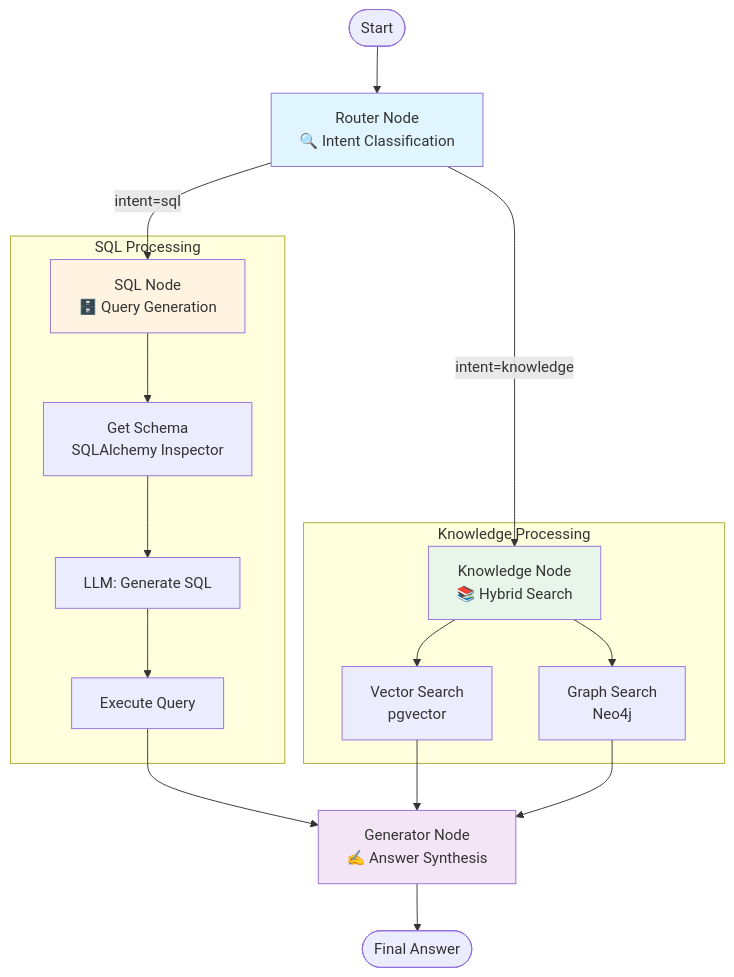
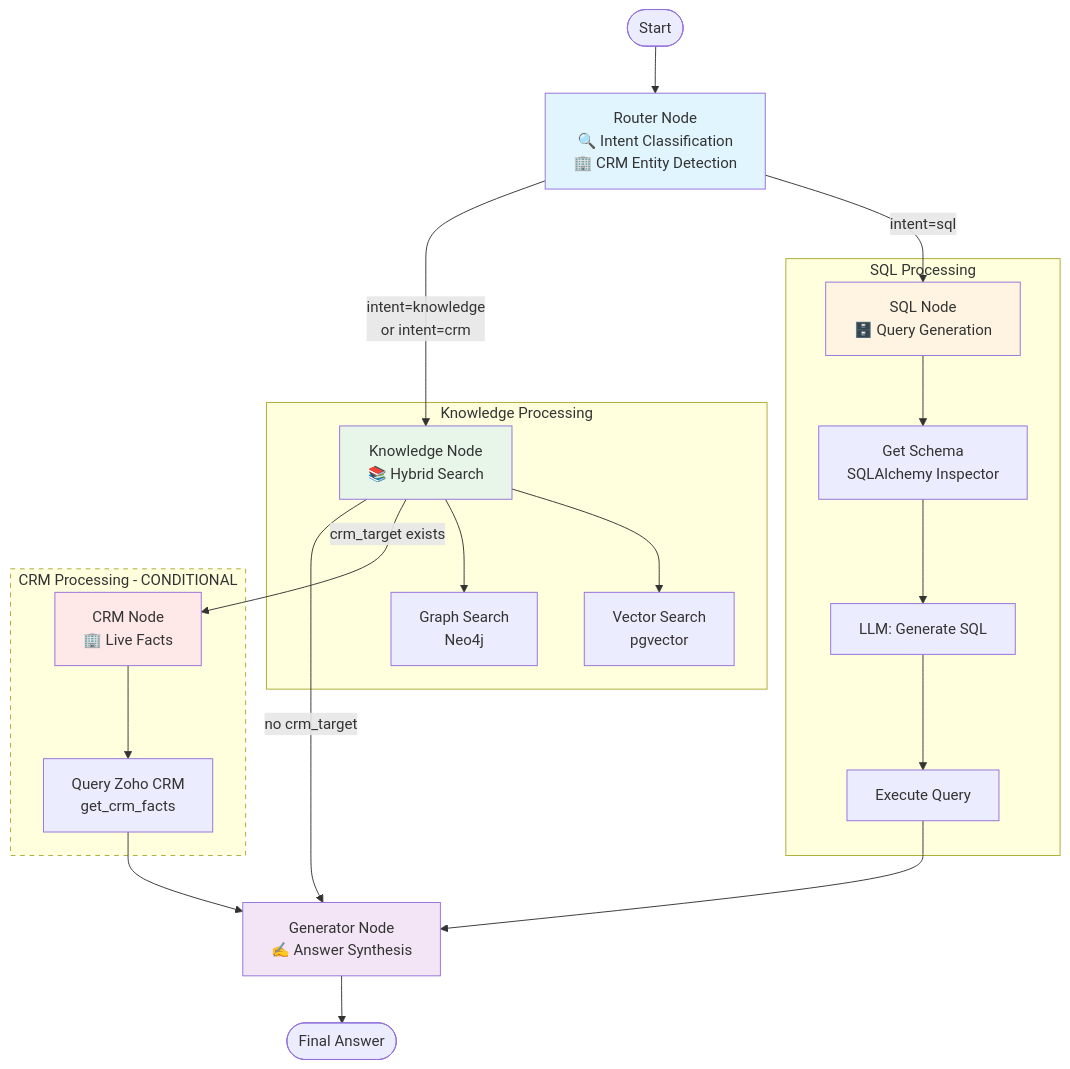
One commit to expoya/adizon-knowledge-core changed the seventh of 9 diagrams in docs/ARCHITECTURE.md. Above: the diagram before and after it, drawn with Mermaid. The commit also changed other lines of this file and 30 other files, not shown here.

````diff
--- a/docs/ARCHITECTURE.md
+++ b/docs/ARCHITECTURE.md
@@ -330,29 +343,37 @@
 ```mermaid
 graph TB
-    START([Start]) --> ROUTER[Router Node<br/>🔍 Intent Classification]
+    START([Start]) --> ROUTER[Router Node<br/>🔍 Intent Classification<br/>🏢 CRM Entity Detection]
     
     ROUTER -->|intent=sql| SQL[SQL Node<br/>🗄️ Query Generation]
-    ROUTER -->|intent=knowledge| KB[Knowledge Node<br/>📚 Hybrid Search]
+    ROUTER -->|intent=knowledge<br/>or intent=crm| KB[Knowledge Node<br/>📚 Hybrid Search]
     
     subgraph SQL_FLOW[SQL Processing]
         SQL --> SCHEMA[Get Schema<br/>SQLAlchemy Inspector]
         SCHEMA --> GENQ[LLM: Generate SQL]
         GENQ --> EXEC[Execute Query]
     end
     
     subgraph KB_FLOW[Knowledge Processing]
         KB --> VEC[Vector Search<br/>pgvector]
         KB --> GRAPH[Graph Search<br/>Neo4j]
     end
     
-    EXEC --> GEN[Generator Node<br/>✍️ Answer Synthesis]
-    VEC --> GEN
-    GRAPH --> GEN
+    KB -->|crm_target exists| CRM[CRM Node<br/>🏢 Live Facts]
+    KB -->|no crm_target| GEN[Generator Node<br/>✍️ Answer Synthesis]
+    
+    subgraph CRM_FLOW[CRM Processing - CONDITIONAL]
+        CRM --> ZOHO[Query Zoho CRM<br/>get_crm_facts]
+    end
+    
+    EXEC --> GEN
+    ZOHO --> GEN
     
     GEN --> END([Final Answer])
     
     style ROUTER fill:#e1f5ff
     style SQL fill:#fff4e1
     style KB fill:#e8f5e9
+    style CRM fill:#ffe8e8
     style GEN fill:#f3e5f5
+    style CRM_FLOW stroke-dasharray: 5 5
 ```
````
